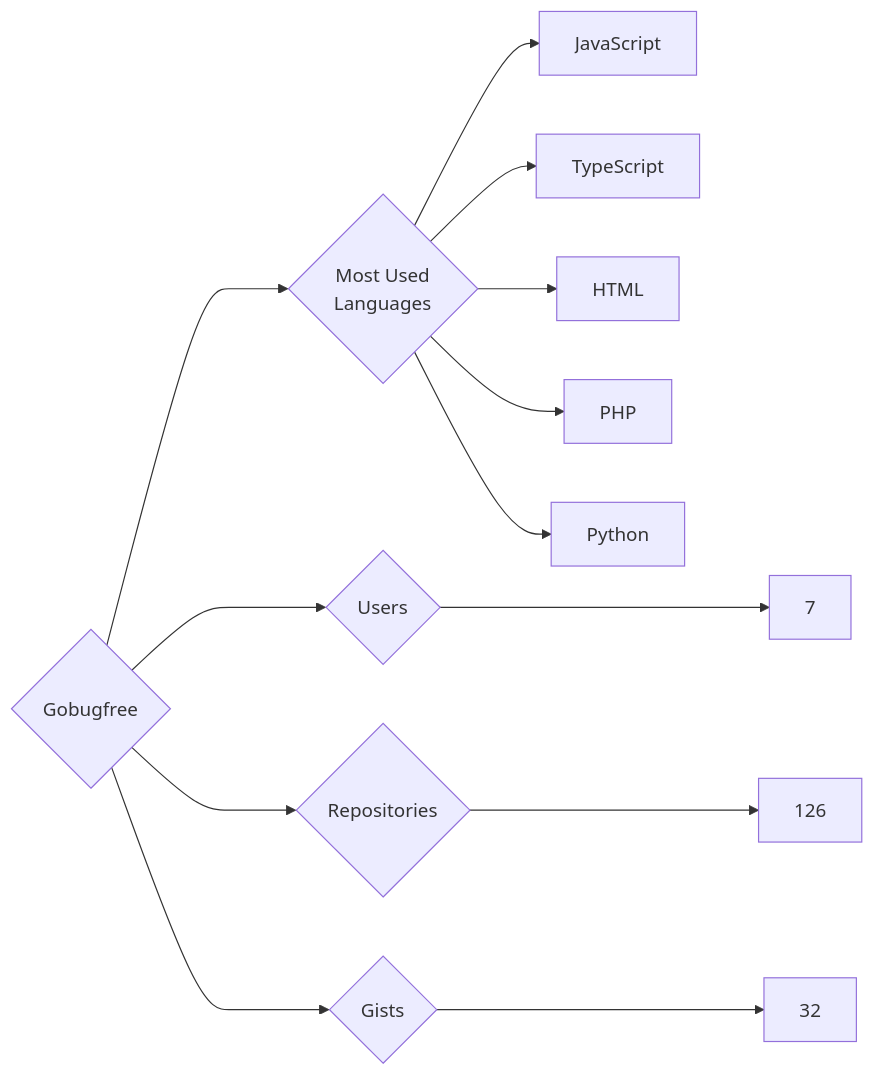
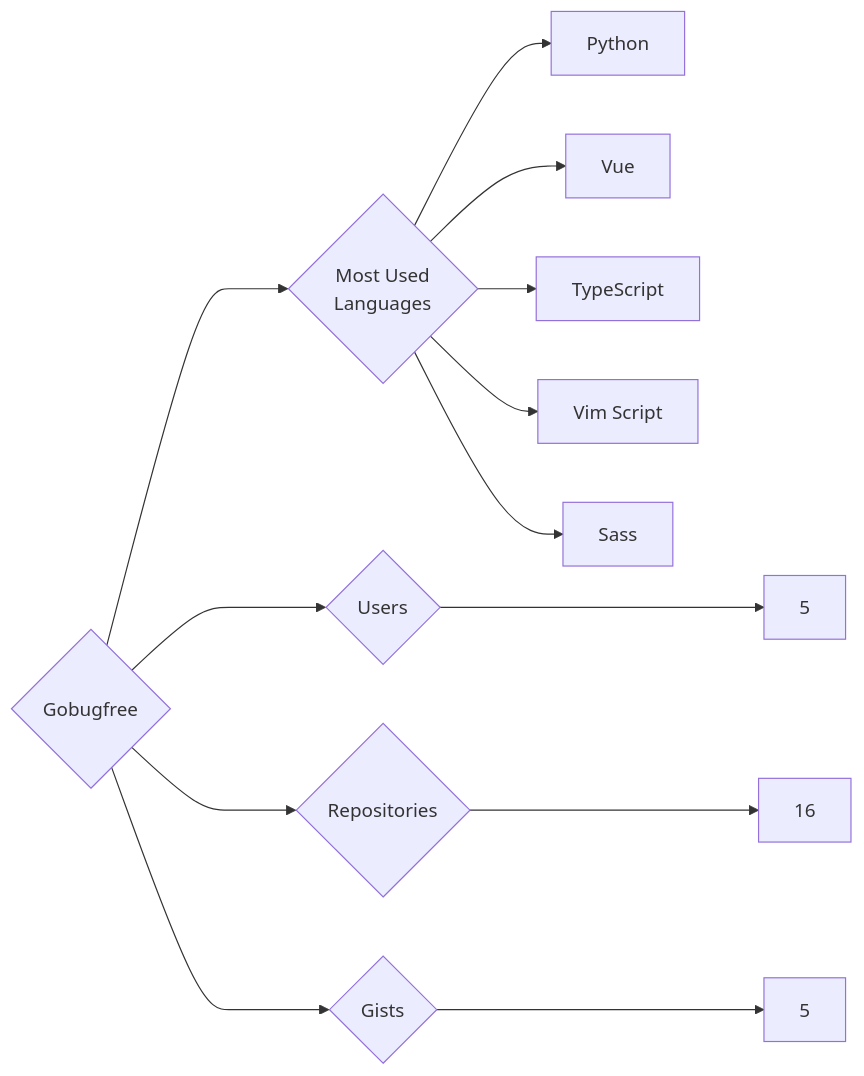
Before and after one commit to trickest/insiders: the diagram in targets/Gobugfree/README.md, drawn with Mermaid. The commit also changed 1149 other files, not shown here.

````diff
--- a/targets/Gobugfree/README.md
+++ b/targets/Gobugfree/README.md
@@ -3,13 +3,13 @@
 ```mermaid
 graph LR
 COMPANY_NAME{Gobugfree}
-COMPANY_NAME ---> U{Users} ---> UN[7]
-COMPANY_NAME ---> R{Repositories} ---> RN[126]
-COMPANY_NAME ---> G{Gists} ---> GN[32]
+COMPANY_NAME ---> U{Users} ---> UN[5]
+COMPANY_NAME ---> R{Repositories} ---> RN[16]
+COMPANY_NAME ---> G{Gists} ---> GN[5]
 COMPANY_NAME ---> ML{Most Used<br>Languages}
-ML --> JavaScript[JavaScript]
+ML --> Python[Python]
+ML --> Vue[Vue]
 ML --> TypeScript[TypeScript]
-ML --> HTML[HTML]
-ML --> PHP[PHP]
-ML --> Python[Python]
+ML --> Vim_Script[Vim Script]
+ML --> Sass[Sass]
 ```
````
